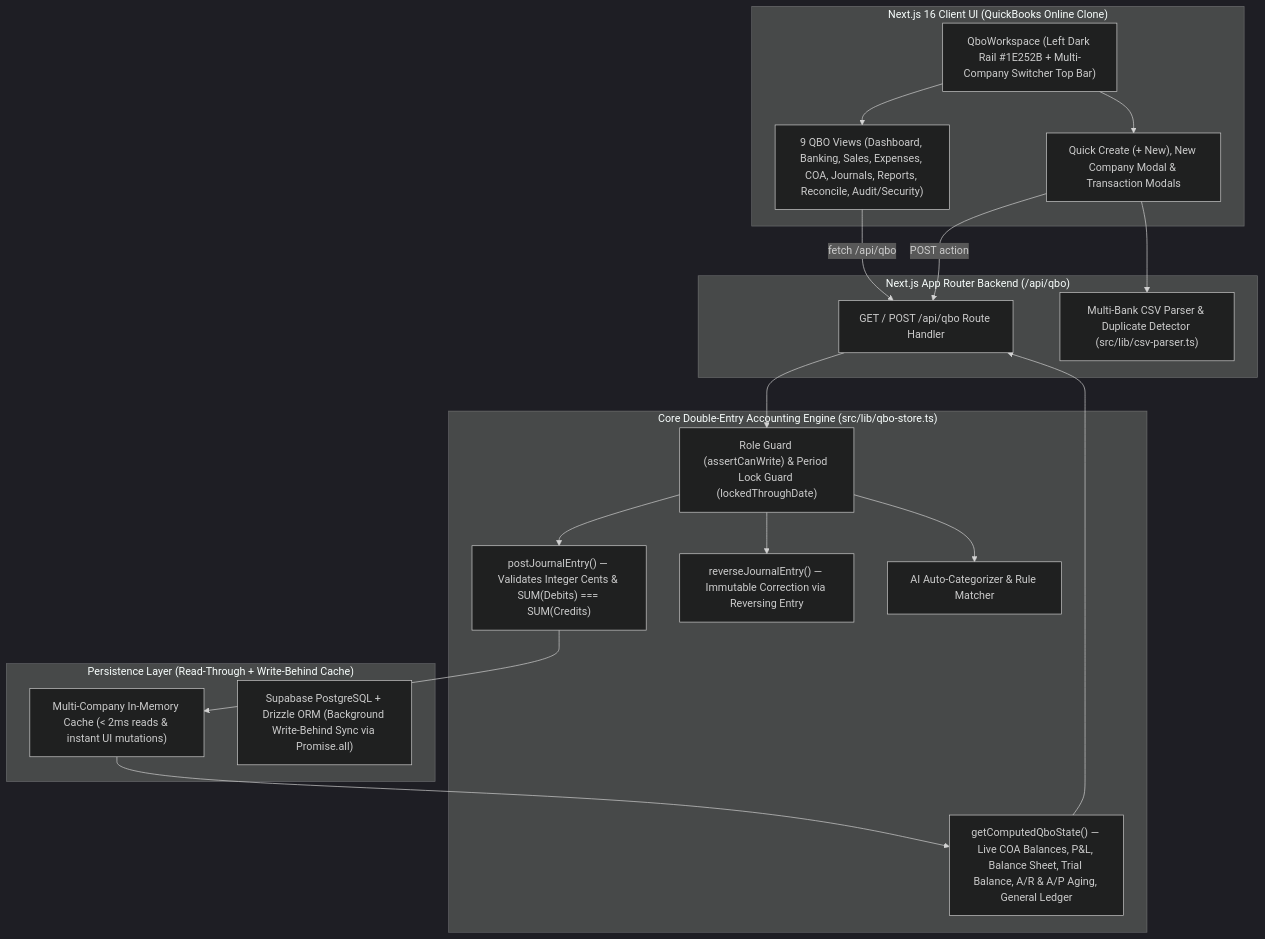
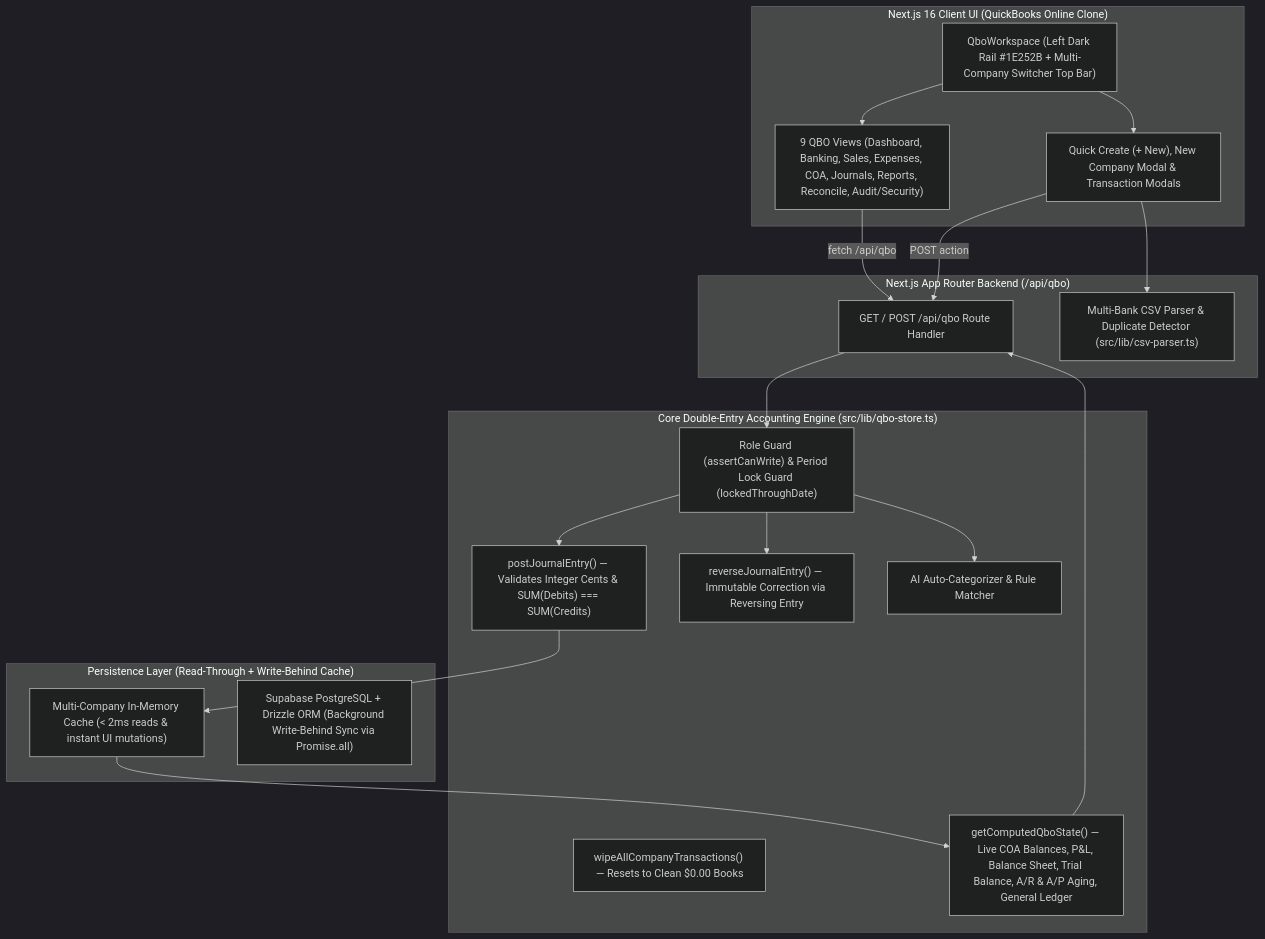
One commit to enterandpost02/quickbook changed the diagram in docs/ARCHITECTURE.md. Above: the diagram before and after it, drawn with Mermaid (dark theme). The commit also changed 9 other files, not shown here.

Commit message:
feat: Add clean production data wiping, revamp new company modal UI, and verify Vercel build readiness

````diff
--- a/docs/ARCHITECTURE.md
+++ b/docs/ARCHITECTURE.md
@@ -9,39 +9,40 @@
 ```mermaid
 flowchart TB
     subgraph Client["Next.js 16 Client UI (QuickBooks Online Clone)"]
         Workspace["QboWorkspace (Left Dark Rail #1E252B + Multi-Company Switcher Top Bar)"]
         Views["9 QBO Views (Dashboard, Banking, Sales, Expenses, COA, Journals, Reports, Reconcile, Audit/Security)"]
         Modals["Quick Create (+ New), New Company Modal & Transaction Modals"]
     end
 
     subgraph API["Next.js App Router Backend (/api/qbo)"]
         RouteHandler["GET / POST /api/qbo Route Handler"]
         CSVParser["Multi-Bank CSV Parser & Duplicate Detector (src/lib/csv-parser.ts)"]
     end
 
     subgraph Engine["Core Double-Entry Accounting Engine (src/lib/qbo-store.ts)"]
         RBAC["Role Guard (assertCanWrite) & Period Lock Guard (lockedThroughDate)"]
         PostEntry["postJournalEntry() — Validates Integer Cents & SUM(Debits) === SUM(Credits)"]
         Reversal["reverseJournalEntry() — Immutable Correction via Reversing Entry"]
+        Wipe["wipeAllCompanyTransactions() — Resets to Clean $0.00 Books"]
         AICat["AI Auto-Categorizer & Rule Matcher"]
         Aggregator["getComputedQboState() — Live COA Balances, P&L, Balance Sheet, Trial Balance, A/R & A/P Aging, General Ledger"]
     end
 
     subgraph Storage["Persistence Layer (Read-Through + Write-Behind Cache)"]
         InMemory["Multi-Company In-Memory Cache (< 2ms reads & instant UI mutations)"]
         Postgres["Supabase PostgreSQL + Drizzle ORM (Background Write-Behind Sync via Promise.all)"]
     end
 
     Workspace --> Views
     Workspace --> Modals
     Views -->|fetch /api/qbo| RouteHandler
     Modals -->|POST action| RouteHandler
     Modals --> CSVParser
     RouteHandler --> RBAC
     RBAC --> PostEntry
     RBAC --> Reversal
     RBAC --> AICat
     PostEntry --> InMemory
     InMemory --> Aggregator
     Aggregator --> RouteHandler
 ```
````
